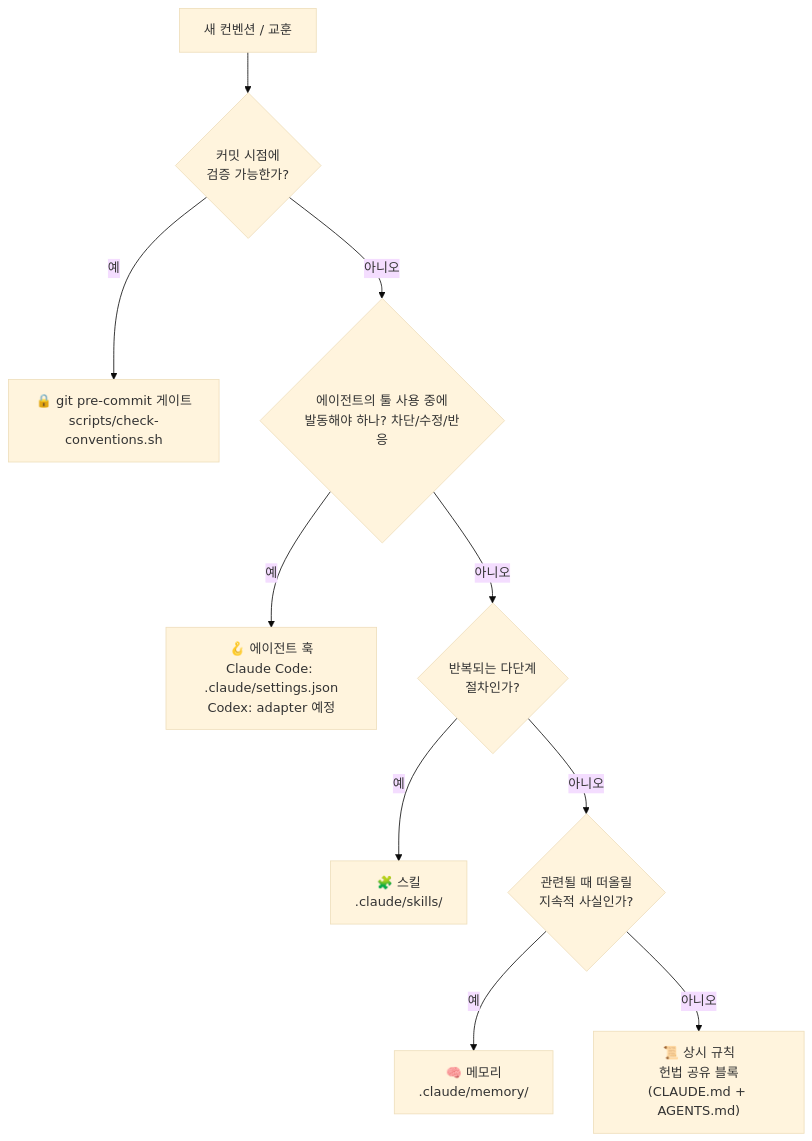
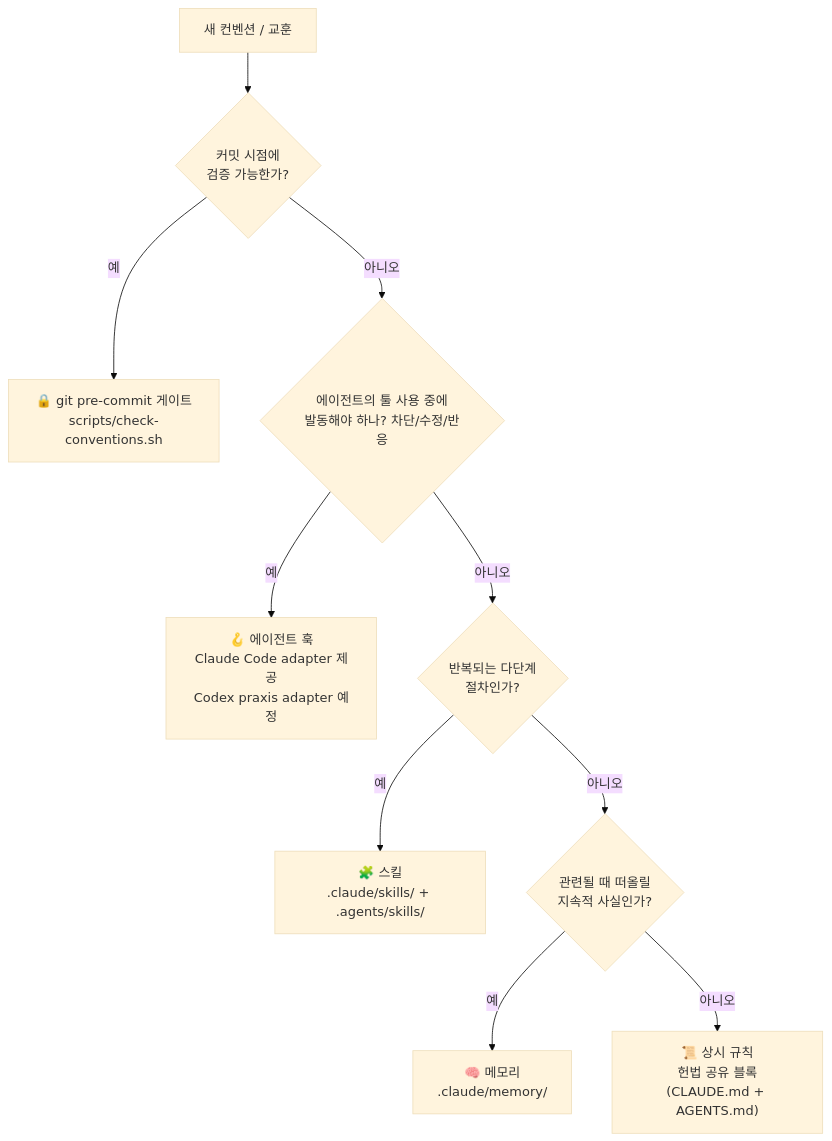
Before and after one commit to icurfer/ic-praxis: the fourth of 5 diagrams in README.ko.md, drawn with Mermaid (base theme). The commit also changed other lines of this file and 15 other files, not shown here.

Commit message:
feat: v0.5.0 Codex-native praxis skills

````diff
--- a/README.ko.md
+++ b/README.ko.md
@@ -209,12 +214,12 @@
 ```mermaid
 flowchart TD
     N["새 컨벤션 / 교훈"] --> Q1{"커밋 시점에<br/>검증 가능한가?"}
     Q1 -- 예 --> GATE["🔒 git pre-commit 게이트<br/>scripts/check-conventions.sh"]
     Q1 -- 아니오 --> Q2{"에이전트의 툴 사용 중에<br/>발동해야 하나? 차단/수정/반응"}
-    Q2 -- 예 --> HOOK["🪝 에이전트 훅<br/>Claude Code: .claude/settings.json<br/>Codex: adapter 예정"]
+    Q2 -- 예 --> HOOK["🪝 에이전트 훅<br/>Claude Code adapter 제공<br/>Codex praxis adapter 예정"]
     Q2 -- 아니오 --> Q3{"반복되는 다단계<br/>절차인가?"}
-    Q3 -- 예 --> SKILL["🧩 스킬<br/>.claude/skills/"]
+    Q3 -- 예 --> SKILL["🧩 스킬<br/>.claude/skills/ + .agents/skills/"]
     Q3 -- 아니오 --> Q4{"관련될 때 떠올릴<br/>지속적 사실인가?"}
     Q4 -- 예 --> MEM["🧠 메모리<br/>.claude/memory/"]
     Q4 -- 아니오 --> RULE["📜 상시 규칙<br/>헌법 공유 블록<br/>(CLAUDE.md + AGENTS.md)"]
 ```
````
